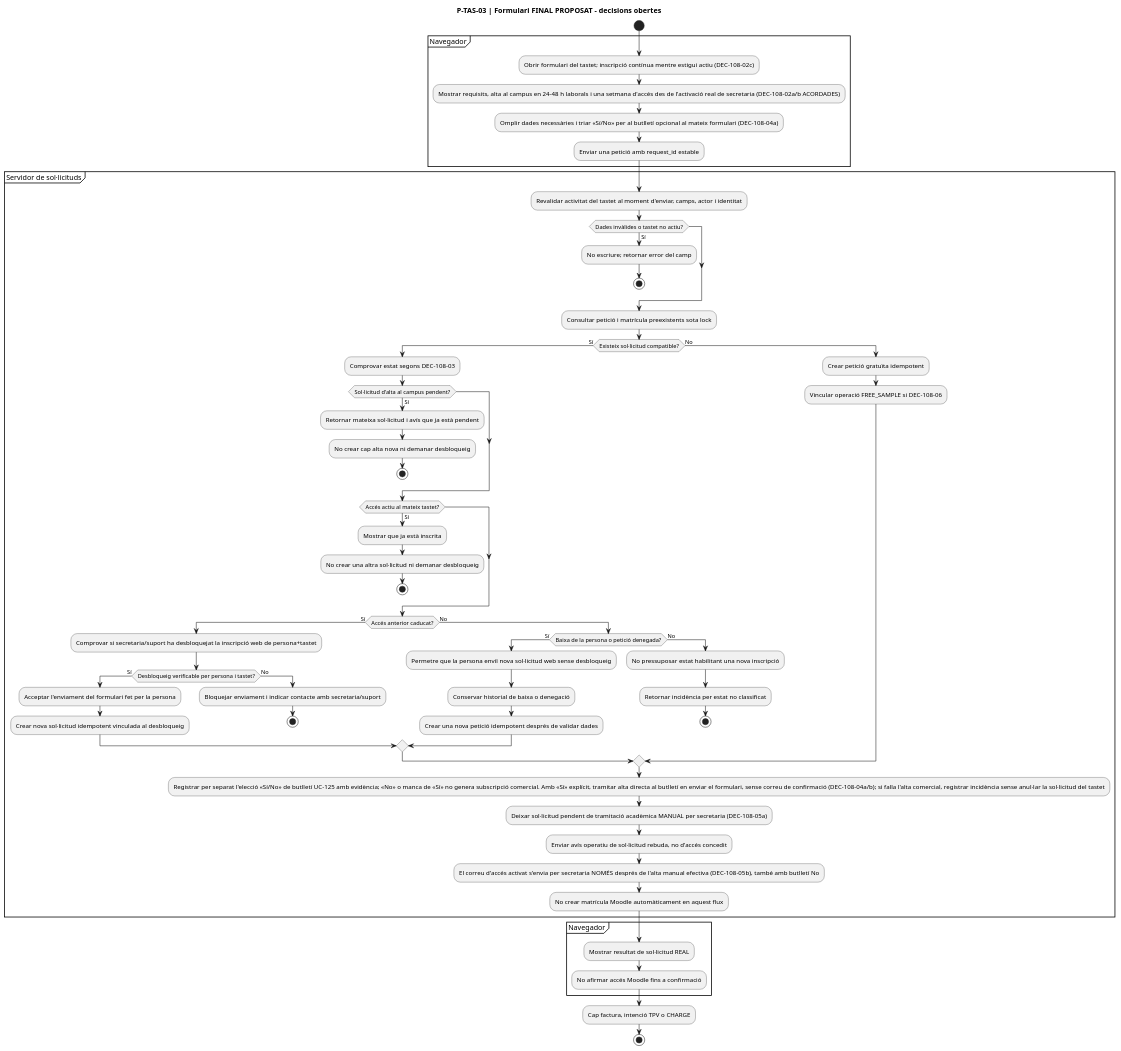
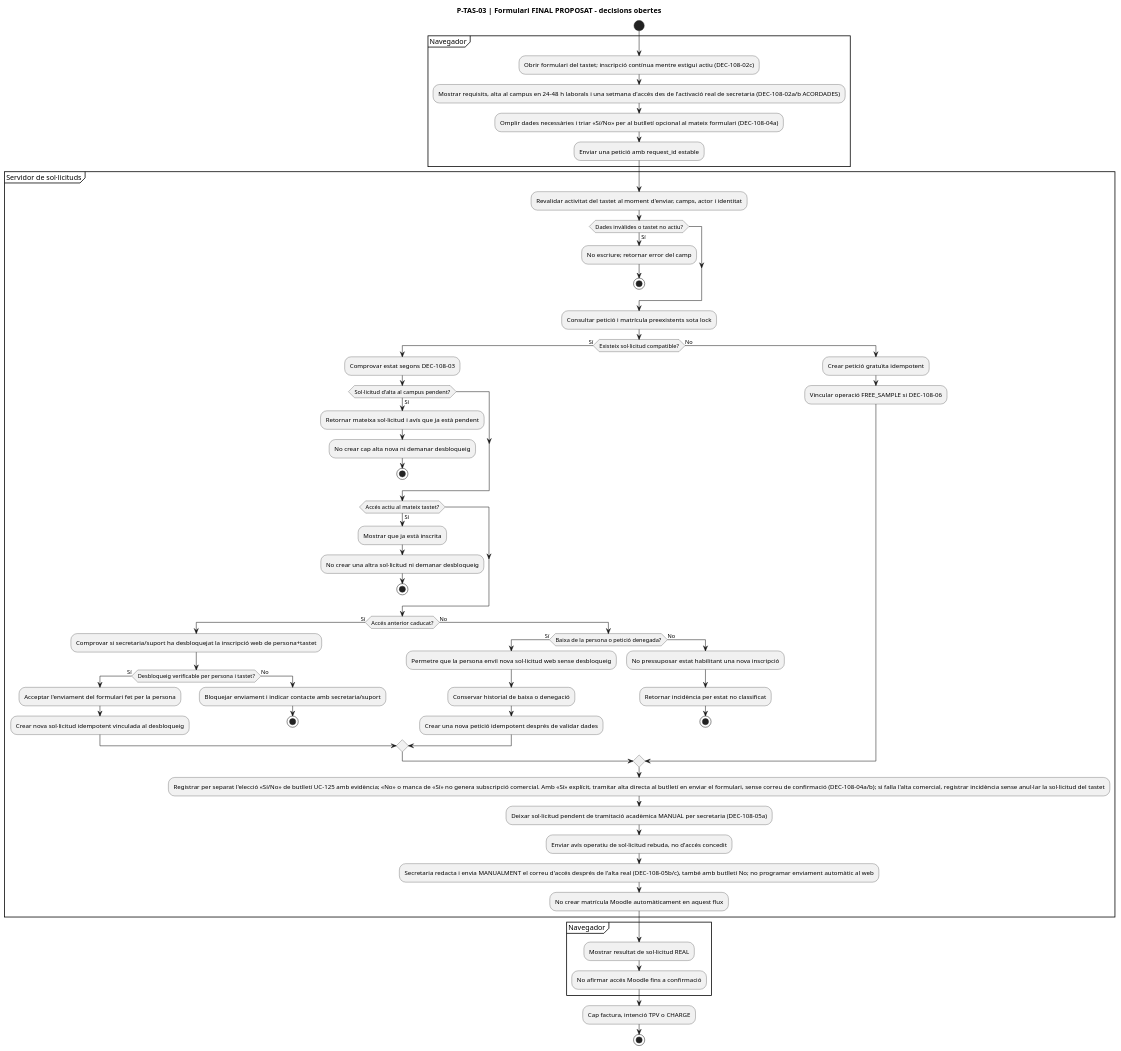
Before and after one commit to orgmeriemprismacat-del/verifactu: diagram 16 of 32 in documentacio/07-uml-integrat/uc-108-activitats-pagines-tastets-actual-final.md, drawn with PlantUML. The commit also changed other lines of this file, not shown here.

Commit message:
docs(uml uc-108): explicit manual drafting and sending of access email, no automatic dispatch

````diff
--- a/documentacio/07-uml-integrat/uc-108-activitats-pagines-tastets-actual-final.md
+++ b/documentacio/07-uml-integrat/uc-108-activitats-pagines-tastets-actual-final.md
@@ -367,67 +367,67 @@
 ```plantuml
 @startuml
 title P-TAS-03 | Formulari FINAL PROPOSAT - decisions obertes
 start
 partition "Navegador" {
   :Obrir formulari del tastet; inscripció contínua mentre estigui actiu (DEC-108-02c);
   :Mostrar requisits, alta al campus en 24–48 h laborals i una setmana d'accés des de l'activació real de secretaria (DEC-108-02a/b ACORDADES);
   :Omplir dades necessàries i triar «Sí/No» per al butlletí opcional al mateix formulari (DEC-108-04a);
   :Enviar una petició amb request_id estable;
 }
 partition "Servidor de sol·licituds" {
   :Revalidar activitat del tastet al moment d'enviar, camps, actor i identitat;
   if (Dades invàlides o tastet no actiu?) then (Sí)
     :No escriure; retornar error del camp;
     stop
   endif
   :Consultar petició i matrícula preexistents sota lock;
   if (Existeix sol·licitud compatible?) then (Sí)
     :Comprovar estat segons DEC-108-03;
     if (Sol·licitud d'alta al campus pendent?) then (Sí)
       :Retornar mateixa sol·licitud i avís que ja està pendent;
       :No crear cap alta nova ni demanar desbloqueig;
       stop
     endif
     if (Accés actiu al mateix tastet?) then (Sí)
       :Mostrar que ja està inscrita;
       :No crear una altra sol·licitud ni demanar desbloqueig;
       stop
     endif
     if (Accés anterior caducat?) then (Sí)
       :Comprovar si secretaria/suport ha desbloquejat la inscripció web de persona+tastet;
       if (Desbloqueig verificable per persona i tastet?) then (Sí)
         :Acceptar l'enviament del formulari fet per la persona;
         :Crear nova sol·licitud idempotent vinculada al desbloqueig;
       else (No)
         :Bloquejar enviament i indicar contacte amb secretaria/suport;
         stop
       endif
     else (No)
       if (Baixa de la persona o petició denegada?) then (Sí)
         :Permetre que la persona enviï nova sol·licitud web sense desbloqueig;
         :Conservar historial de baixa o denegació;
         :Crear una nova petició idempotent després de validar dades;
       else (No)
         :No pressuposar estat habilitant una nova inscripció;
         :Retornar incidència per estat no classificat;
         stop
       endif
     endif
   else (No)
     :Crear petició gratuïta idempotent;
     :Vincular operació FREE_SAMPLE si DEC-108-06;
   endif
   :Registrar per separat l'elecció «Sí/No» de butlletí UC-125 amb evidència; «No» o manca de «Sí» no genera subscripció comercial. Amb «Sí» explícit, tramitar alta directa al butlletí en enviar el formulari, sense correu de confirmació (DEC-108-04a/b); si falla l'alta comercial, registrar incidència sense anul·lar la sol·licitud del tastet;
   :Deixar sol·licitud pendent de tramitació acadèmica MANUAL per secretaria (DEC-108-05a);
   :Enviar avís operatiu de sol·licitud rebuda, no d'accés concedit;
-  :El correu d'accés activat s'envia per secretaria NOMÉS després de l'alta manual efectiva (DEC-108-05b), també amb butlletí No;
+  :Secretaria redacta i envia MANUALMENT el correu d'accés després de l'alta real (DEC-108-05b/c), també amb butlletí No; no programar enviament automàtic al web;
   :No crear matrícula Moodle automàticament en aquest flux;
 }
 partition "Navegador" {
   :Mostrar resultat de sol·licitud REAL;
   :No afirmar accés Moodle fins a confirmació;
 }
 :Cap factura, intenció TPV o CHARGE;
 stop
 @enduml
 ```
````
